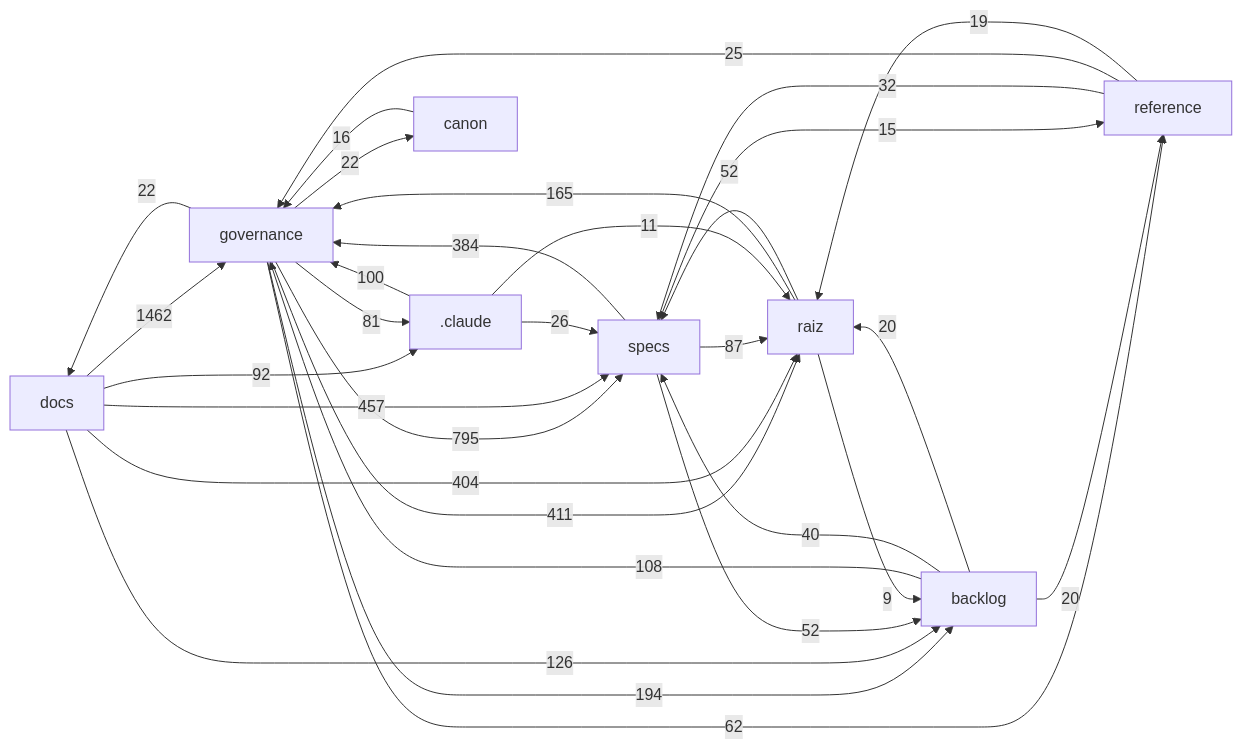
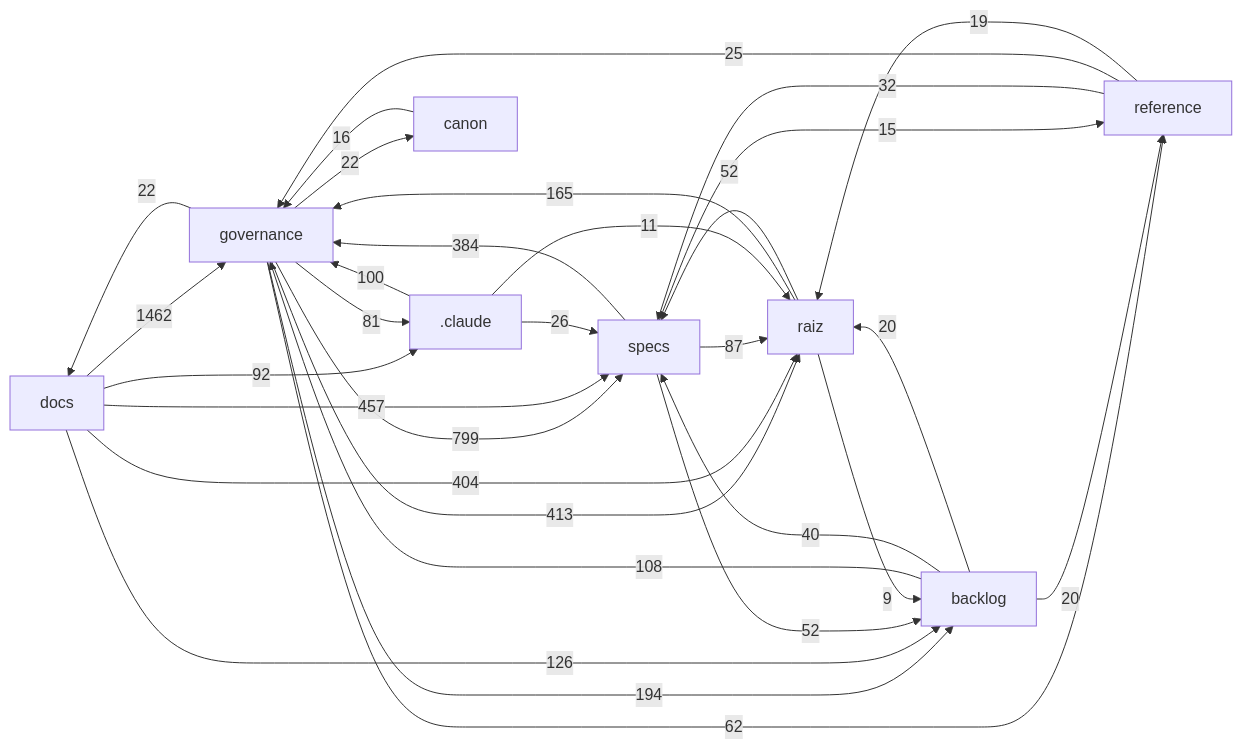
One commit to Andraus35/Sistema-Operacional-de-Trading--SOT changed the diagram in docs/mapa/MAPA-PROJETO.md. Above: the diagram before and after it, drawn with Mermaid. The commit also changed other lines of this file and 3 other files, not shown here.

````diff
--- a/docs/mapa/MAPA-PROJETO.md
+++ b/docs/mapa/MAPA-PROJETO.md
@@ -29,33 +29,33 @@
 ```mermaid
 flowchart LR
   docs["docs"] -->|1462| governance["governance"]
-  governance["governance"] -->|795| specs["specs"]
+  governance["governance"] -->|799| specs["specs"]
   docs["docs"] -->|457| specs["specs"]
-  governance["governance"] -->|411| raiz["raiz"]
+  governance["governance"] -->|413| raiz["raiz"]
   docs["docs"] -->|404| raiz["raiz"]
   specs["specs"] -->|384| governance["governance"]
   governance["governance"] -->|194| backlog["backlog"]
   raiz["raiz"] -->|165| governance["governance"]
   docs["docs"] -->|126| backlog["backlog"]
   backlog["backlog"] -->|108| governance["governance"]
   _claude[".claude"] -->|100| governance["governance"]
   docs["docs"] -->|92| _claude[".claude"]
   specs["specs"] -->|87| raiz["raiz"]
   governance["governance"] -->|81| _claude[".claude"]
   governance["governance"] -->|62| reference["reference"]
   raiz["raiz"] -->|52| specs["specs"]
   specs["specs"] -->|52| backlog["backlog"]
   backlog["backlog"] -->|40| specs["specs"]
   reference["reference"] -->|32| specs["specs"]
   _claude[".claude"] -->|26| specs["specs"]
   reference["reference"] -->|25| governance["governance"]
   governance["governance"] -->|22| docs["docs"]
   governance["governance"] -->|22| canon["canon"]
   backlog["backlog"] -->|20| raiz["raiz"]
   backlog["backlog"] -->|20| reference["reference"]
   reference["reference"] -->|19| raiz["raiz"]
   canon["canon"] -->|16| governance["governance"]
   specs["specs"] -->|15| reference["reference"]
   _claude[".claude"] -->|11| raiz["raiz"]
   raiz["raiz"] -->|9| backlog["backlog"]
 ```
````
